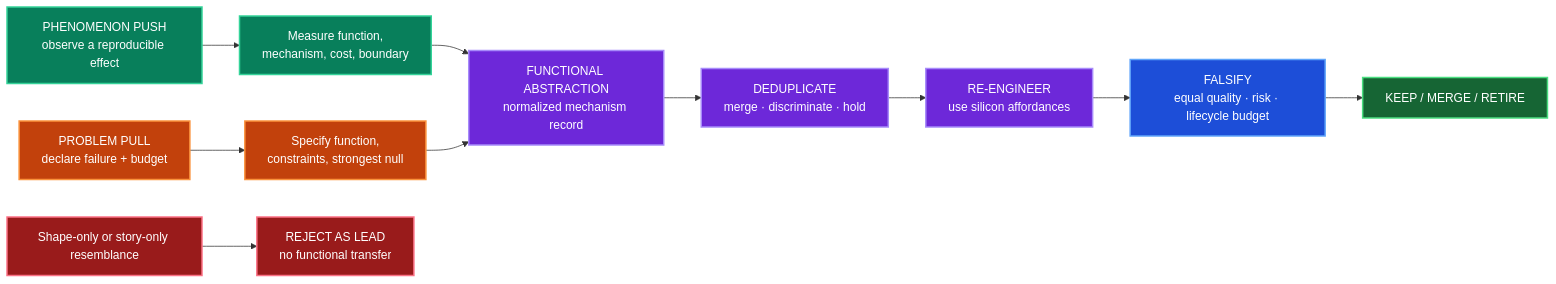
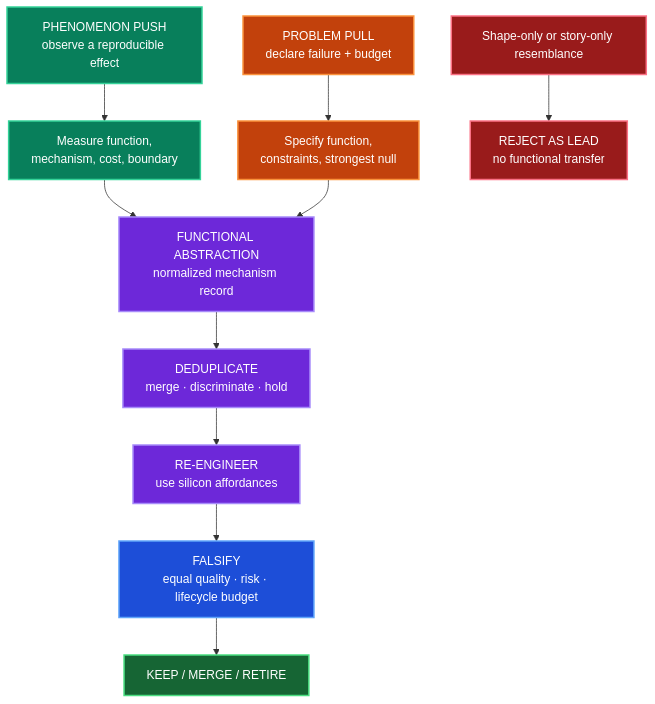
One commit to lusoris/20-watts-was-enough changed the first of 7 diagrams in concept/07-cross-domain-convergence.md. Above: the diagram before and after it, drawn with Mermaid. The commit also changed 8 other files, not shown here.

````diff
--- a/concept/07-cross-domain-convergence.md
+++ b/concept/07-cross-domain-convergence.md
@@ -122,25 +122,25 @@
 ```mermaid
-flowchart LR
+flowchart TB
     bio["PHENOMENON PUSH<br/>observe a reproducible effect"] --> bmeasure["Measure function,<br/>mechanism, cost, boundary"]
     problem["PROBLEM PULL<br/>declare failure + budget"] --> pspec["Specify function,<br/>constraints, strongest null"]
     bmeasure --> abstract["FUNCTIONAL ABSTRACTION<br/>normalized mechanism record"]
     pspec --> abstract
     resemblance["Shape-only or story-only resemblance"] --> reject["REJECT AS LEAD<br/>no functional transfer"]
     abstract --> dedup["DEDUPLICATE<br/>merge · discriminate · hold"]
     dedup --> substrate["RE-ENGINEER<br/>use silicon affordances"]
     substrate --> test["FALSIFY<br/>equal quality · risk · lifecycle budget"]
     test --> keep["KEEP / MERGE / RETIRE"]
 
     classDef bio fill:#087f5b,stroke:#34d399,color:#ffffff,stroke-width:2px;
     classDef pull fill:#c2410c,stroke:#fb923c,color:#ffffff,stroke-width:2px;
     classDef shared fill:#6d28d9,stroke:#a78bfa,color:#ffffff,stroke-width:2px;
     classDef gate fill:#1d4ed8,stroke:#60a5fa,color:#ffffff,stroke-width:2px;
     classDef pass fill:#166534,stroke:#4ade80,color:#ffffff,stroke-width:2px;
     classDef fail fill:#991b1b,stroke:#fb7185,color:#ffffff,stroke-width:2px;
     class bio,bmeasure bio;
     class problem,pspec pull;
     class abstract,dedup,substrate shared;
     class test gate;
     class keep pass;
     class resemblance,reject fail;
 ```
````
